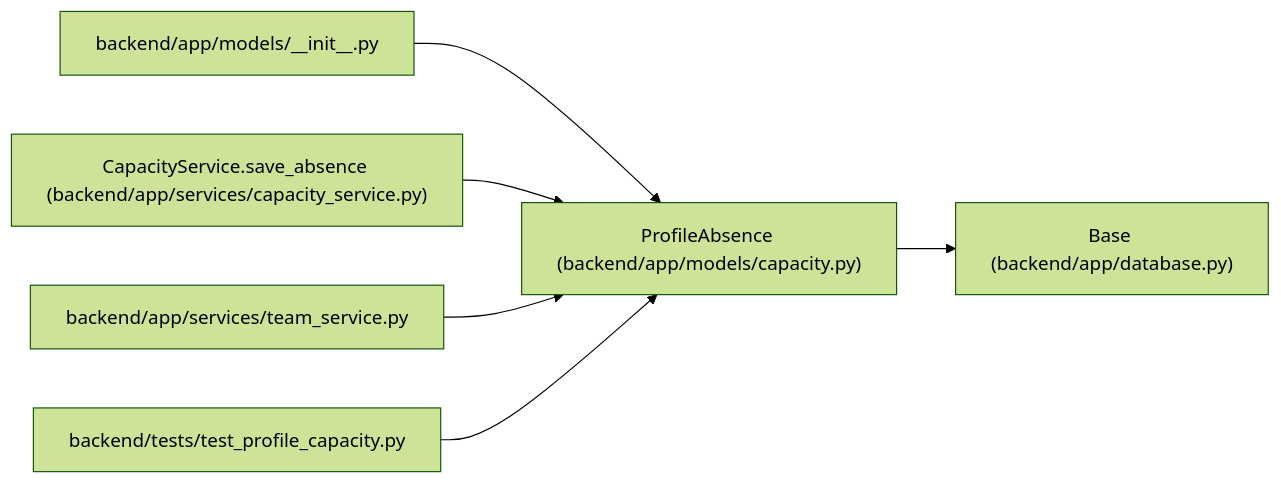
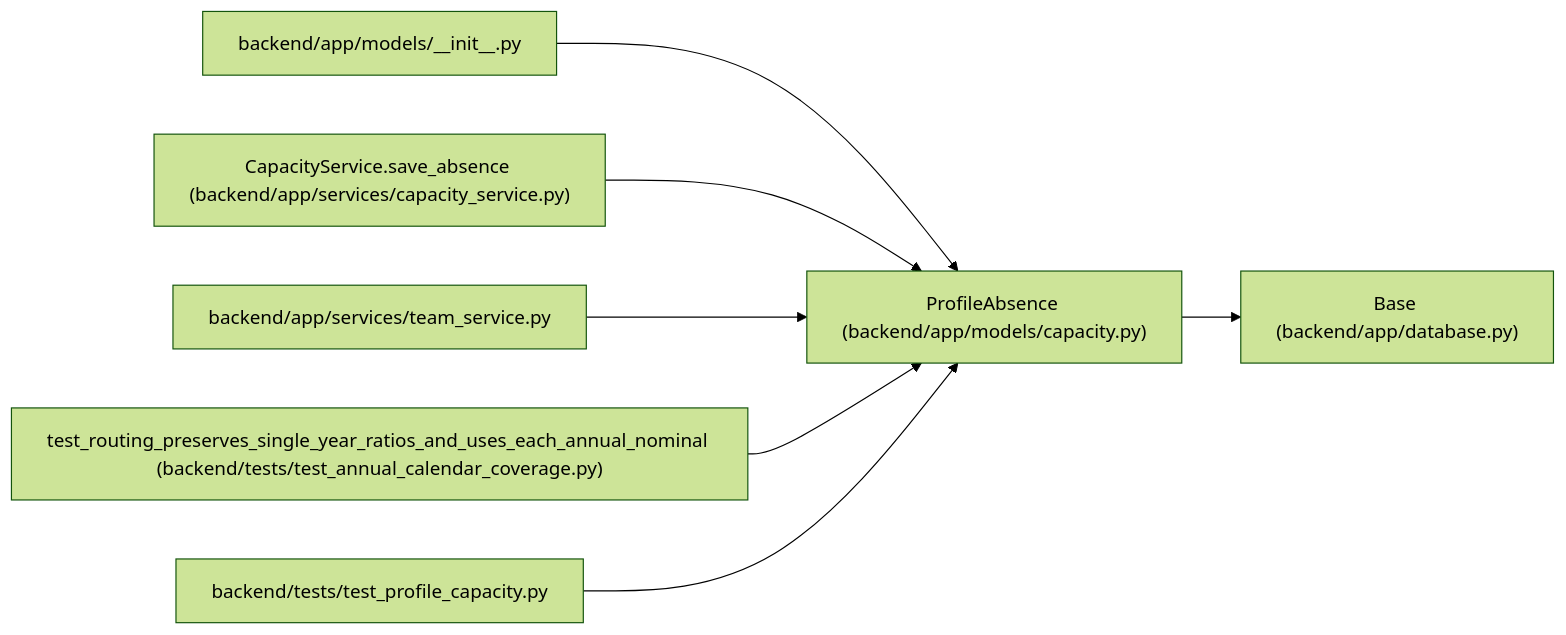
One commit to Denissvgn/WorkChord changed the diagram in docs/llm_wiki/entities/ProfileAbsence.md. Above: the diagram before and after it, drawn with Mermaid (forest theme). The commit also changed other lines of this file and 920 other files, not shown here.

````diff
--- a/docs/llm_wiki/entities/ProfileAbsence.md
+++ b/docs/llm_wiki/entities/ProfileAbsence.md
@@ -31,20 +31,23 @@
 ```mermaid
 flowchart LR
     n0["ProfileAbsence (backend/app/models/capacity.py)"]
     n1["Base (backend/app/database.py)"]
     n2["backend/app/models/__init__.py"]
     n3["CapacityService.save_absence (backend/app/services/capacity_service.py)"]
     n4["backend/app/services/team_service.py"]
-    n5["backend/tests/test_profile_capacity.py"]
+    n5["test_routing_preserves_single_year_ratios_and_uses_each_annual_nominal (backend/tests/test_annual_calendar_coverage.py)"]
+    n6["backend/tests/test_profile_capacity.py"]
     n0 --> n1
     n2 --> n0
     n3 --> n0
     n4 --> n0
     n5 --> n0
+    n6 --> n0
     click n0 "../modules/models_capacity.md"
     click n1 "../modules/app_database.md"
     click n2 "../modules/models___init__.md"
     click n3 "../modules/capacity_service.md"
     click n4 "../modules/team_service.md"
-    click n5 "../modules/test_profile_capacity.md"
+    click n5 "../modules/test_annual_calendar_coverage.md"
+    click n6 "../modules/test_profile_capacity.md"
 ```
````
